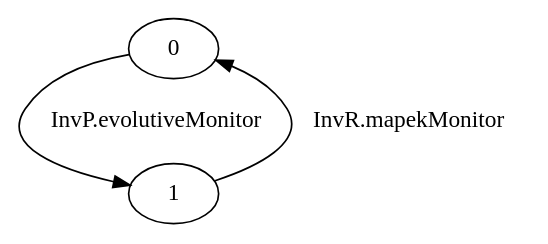
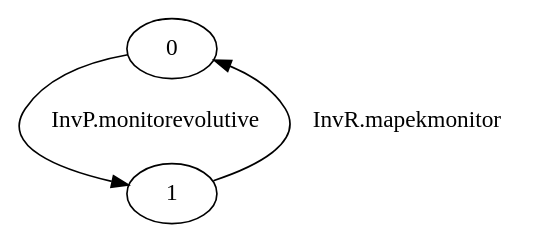
Before and after one commit to nsrosa70/midarch-go-v13: the diagram in src/cspspecs/SenderReceiver_EE/T2.dot, drawn with Graphviz. The commit also changed 29 other files, not shown here.

```diff
--- a/src/cspspecs/SenderReceiver_EE/T2.dot
+++ b/src/cspspecs/SenderReceiver_EE/T2.dot
@@ -1,4 +1,4 @@
 digraph G {
-  0 -> 1 [ label="InvP.evolutiveMonitor" ];
-  1 -> 0 [ label="InvR.mapekMonitor" ];
+  0 -> 1 [ label="InvP.monitorevolutive" ];
+  1 -> 0 [ label="InvR.mapekmonitor" ];
 }
```
